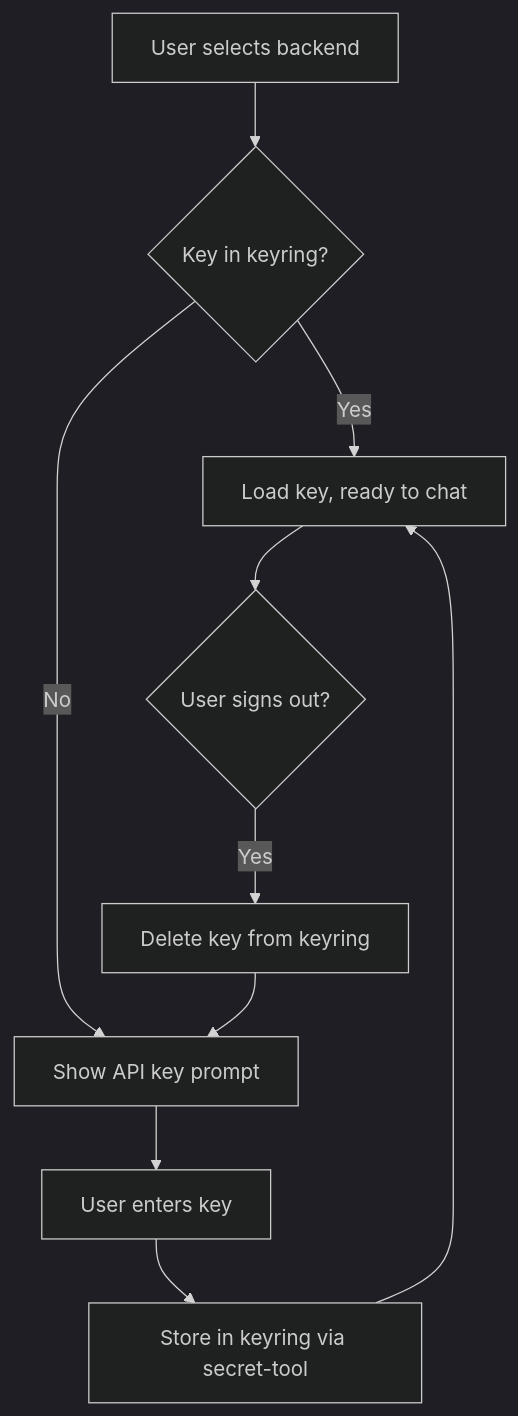
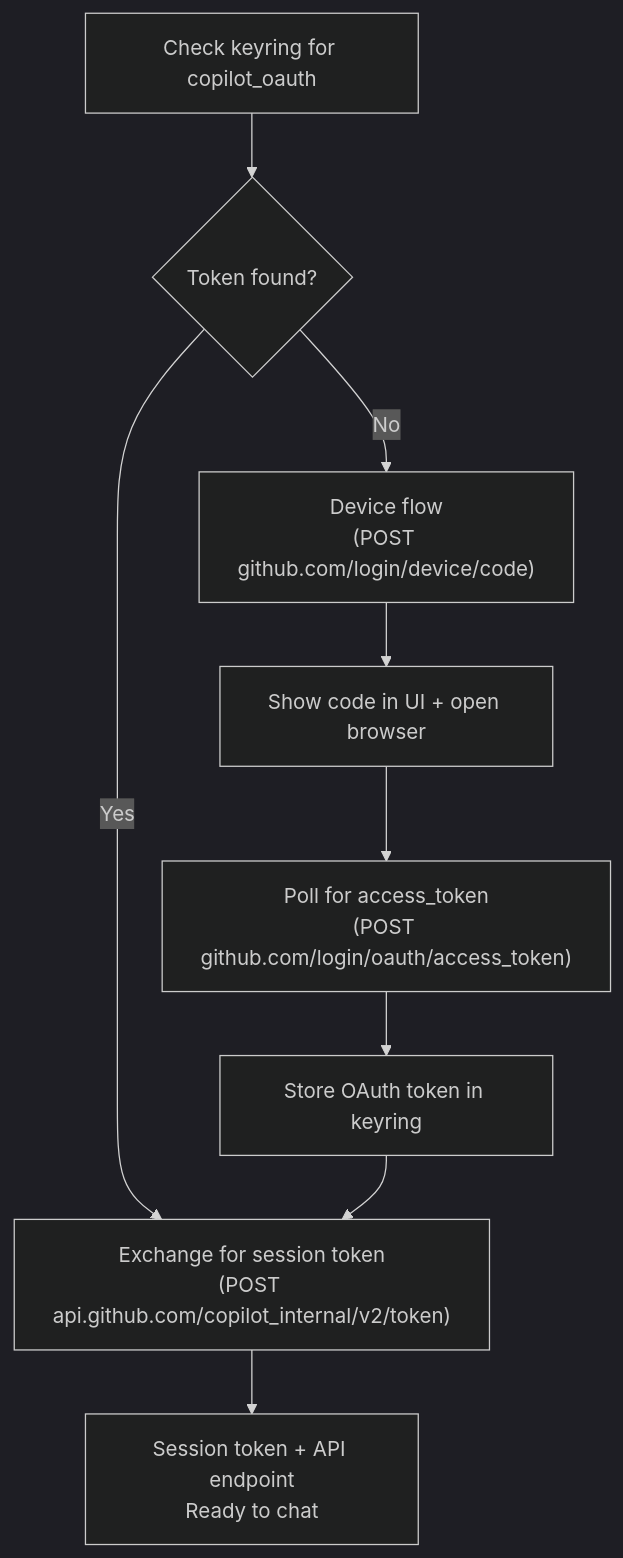
Before and after one commit to AlexMacocian/hyprchat: the diagram in Documentation/authentication.md, drawn with Mermaid (dark theme). The commit also changed other lines of this file and 7 other files, not shown here.

Commit message:
Setup copilot key exchange

````diff
--- a/Documentation/authentication.md
+++ b/Documentation/authentication.md
@@ -72,12 +102,11 @@
 ```mermaid
 flowchart TD
-    A[User selects backend] --> B{Key in keyring?}
-    B -->|Yes| C[Load key, ready to chat]
-    B -->|No| D[Show API key prompt]
-    D --> E[User enters key]
-    E --> F[Store in keyring via secret-tool]
-    F --> C
-    C --> G{User signs out?}
-    G -->|Yes| H[Delete key from keyring]
-    H --> D
+    A[Check keyring for copilot_oauth] --> B{Token found?}
+    B -->|Yes| C["Exchange for session token\n(POST api.github.com/copilot_internal/v2/token)"]
+    B -->|No| D["Device flow\n(POST github.com/login/device/code)"]
+    D --> E[Show code in UI + open browser]
+    E --> F["Poll for access_token\n(POST github.com/login/oauth/access_token)"]
+    F --> G[Store OAuth token in keyring]
+    G --> C
+    C --> H["Session token + API endpoint\nReady to chat"]
 ```
````
